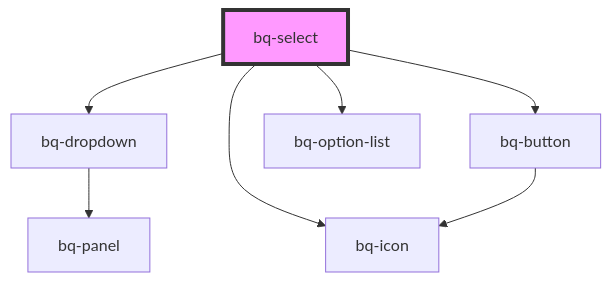
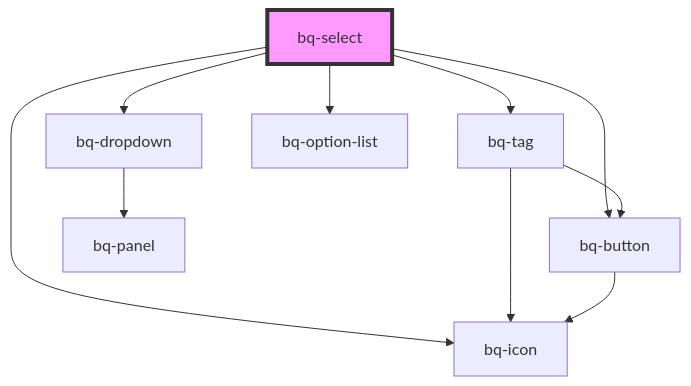
One commit to Endava/BEEQ changed the diagram in packages/beeq/src/components/select/readme.md. Above: the diagram before and after it, drawn with Mermaid. The commit also changed other lines of this file and 1 other file, not shown here.

````diff
--- a/packages/beeq/src/components/select/readme.md
+++ b/packages/beeq/src/components/select/readme.md
@@ -84,10 +92,13 @@
 ```mermaid
 graph TD;
+  bq-select --> bq-tag
   bq-select --> bq-dropdown
   bq-select --> bq-button
   bq-select --> bq-icon
   bq-select --> bq-option-list
+  bq-tag --> bq-button
+  bq-tag --> bq-icon
+  bq-button --> bq-icon
   bq-dropdown --> bq-panel
-  bq-button --> bq-icon
   style bq-select fill:#f9f,stroke:#333,stroke-width:4px
 ```
````
